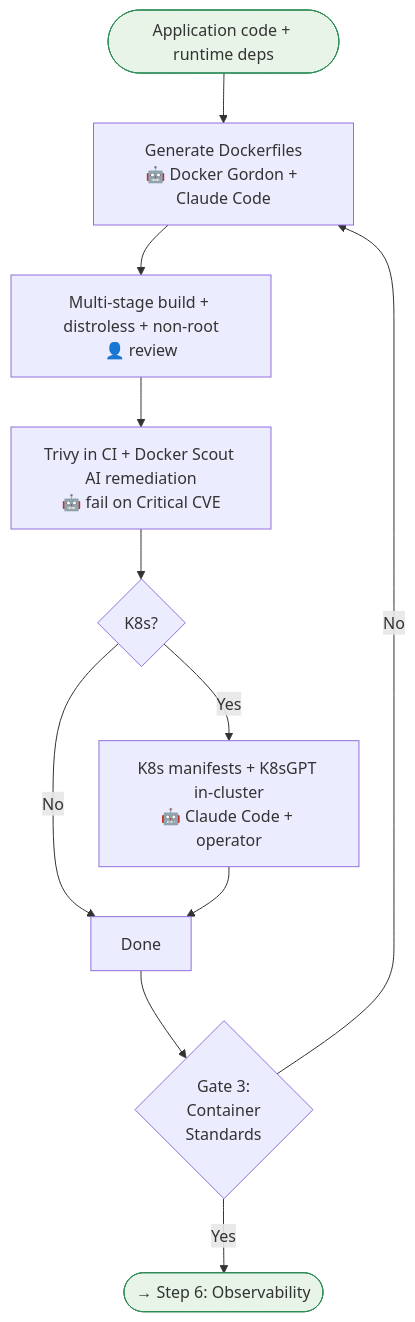
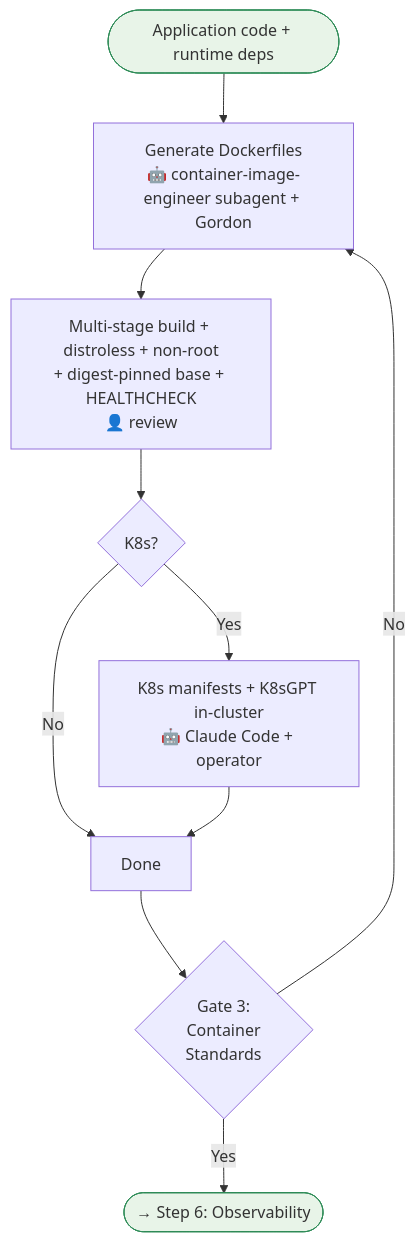
One commit to kalpat-allion/ai-dlc changed the seventh of 9 diagrams in aidlc-phases/06-cicd-devops/FLOWCHART.md. Above: the diagram before and after it, drawn with Mermaid. The commit also changed other lines of this file and 39 other files, not shown here.

````diff
--- a/aidlc-phases/06-cicd-devops/FLOWCHART.md
+++ b/aidlc-phases/06-cicd-devops/FLOWCHART.md
@@ -181,18 +170,17 @@
 ```mermaid
 flowchart TD
     S5_IN([Application code + runtime deps]) --> CONTAINER
-    CONTAINER[Generate Dockerfiles<br/>🤖 Docker Gordon + Claude Code] --> MULTISTAGE
-    MULTISTAGE[Multi-stage build + distroless + non-root<br/>👤 review] --> SCAN
-    SCAN[Trivy in CI + Docker Scout AI remediation<br/>🤖 fail on Critical CVE] --> K8S_OPT
+    CONTAINER[Generate Dockerfiles<br/>🤖 container-image-engineer subagent + Gordon] --> MULTISTAGE
+    MULTISTAGE[Multi-stage build + distroless + non-root<br/>+ digest-pinned base + HEALTHCHECK<br/>👤 review] --> K8S_OPT
     K8S_OPT{K8s?}
     K8S_OPT -- Yes --> K8S_MANIFESTS[K8s manifests + K8sGPT in-cluster<br/>🤖 Claude Code + operator]
     K8S_OPT -- No --> CONTAINER_DONE[Done]
     K8S_MANIFESTS --> CONTAINER_DONE
     CONTAINER_DONE --> GATE3
     GATE3{Gate 3:<br/>Container<br/>Standards}
     GATE3 -- No --> CONTAINER
     GATE3 -- Yes --> S5_OUT([→ Step 6: Observability])
 
     style S5_IN fill:#e8f4e8,stroke:#2E8B57
     style S5_OUT fill:#e8f4e8,stroke:#2E8B57
 ```
````
